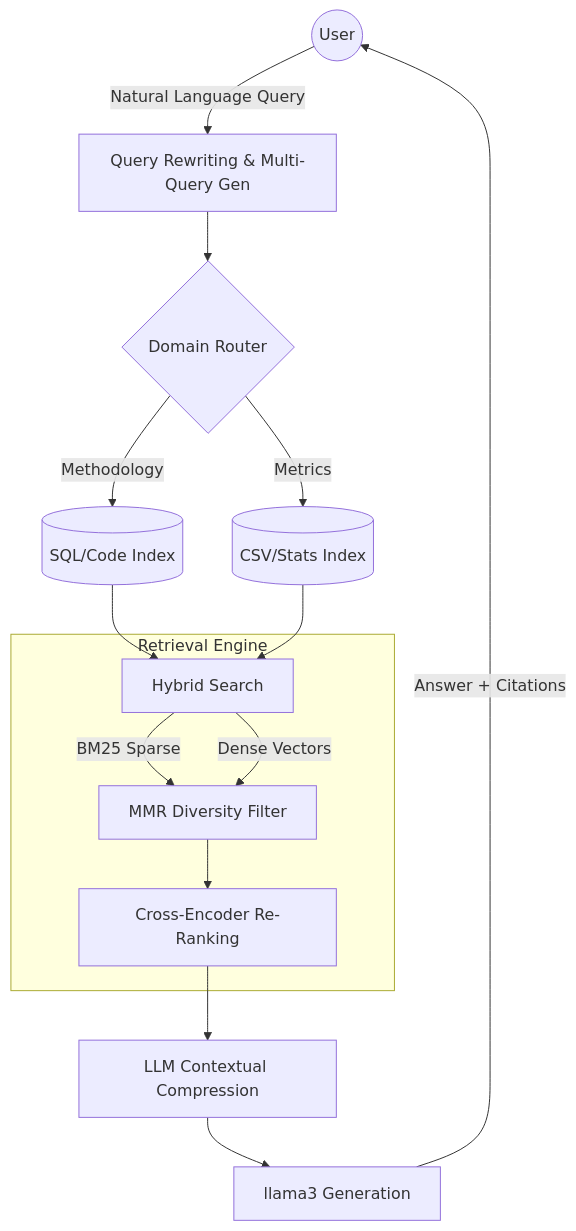
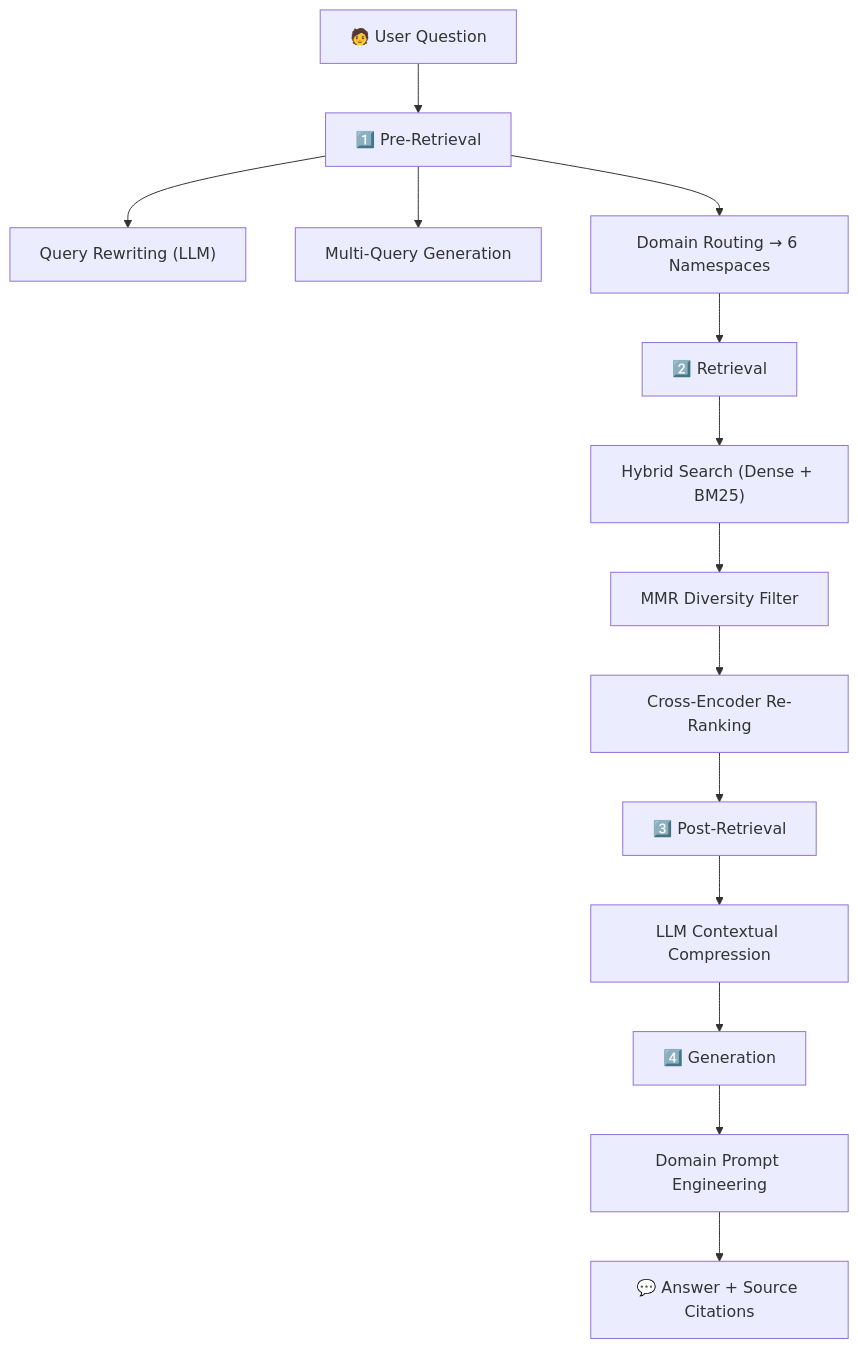
The diagram in README.md (ARYANRAJ1121/olist-analyst-project), drawn with Mermaid before and after one commit. The commit also changed other lines of this file, not shown here.

Commit message:
docs: rewrite README with charts, architecture diagrams, ROI metrics

````diff
--- a/README.md
+++ b/README.md
@@ -72,20 +171,19 @@
 ```mermaid
 graph TD
-    User((User)) -->|Natural Language Query| Rewrite[Query Rewriting & Multi-Query Gen]
-    
-    Rewrite --> Routing{Domain Router}
-    Routing -->|Methodology| DB1[(SQL/Code Index)]
-    Routing -->|Metrics| DB2[(CSV/Stats Index)]
-    
-    DB1 & DB2 --> Hybrid[Hybrid Search]
-    
-    subgraph Retrieval Engine
-    Hybrid -->|BM25 Sparse| MMR[MMR Diversity Filter]
-    Hybrid -->|Dense Vectors| MMR
-    MMR --> Rerank[Cross-Encoder Re-Ranking]
-    end
-    
-    Rerank --> Compress[LLM Contextual Compression]
-    Compress --> Gen[llama3 Generation]
-    Gen -->|Answer + Citations| User
+    A["🧑 User Question"] --> B["1️⃣ Pre-Retrieval"]
+    B --> B1["Query Rewriting (LLM)"]
+    B --> B2["Multi-Query Generation"]
+    B --> B3["Domain Routing → 6 Namespaces"]
+
+    B3 --> C["2️⃣ Retrieval"]
+    C --> C1["Hybrid Search (Dense + BM25)"]
+    C1 --> C2["MMR Diversity Filter"]
+    C2 --> C3["Cross-Encoder Re-Ranking"]
+
+    C3 --> D["3️⃣ Post-Retrieval"]
+    D --> D1["LLM Contextual Compression"]
+
+    D1 --> E["4️⃣ Generation"]
+    E --> E1["Domain Prompt Engineering"]
+    E1 --> F["💬 Answer + Source Citations"]
 ```
````
